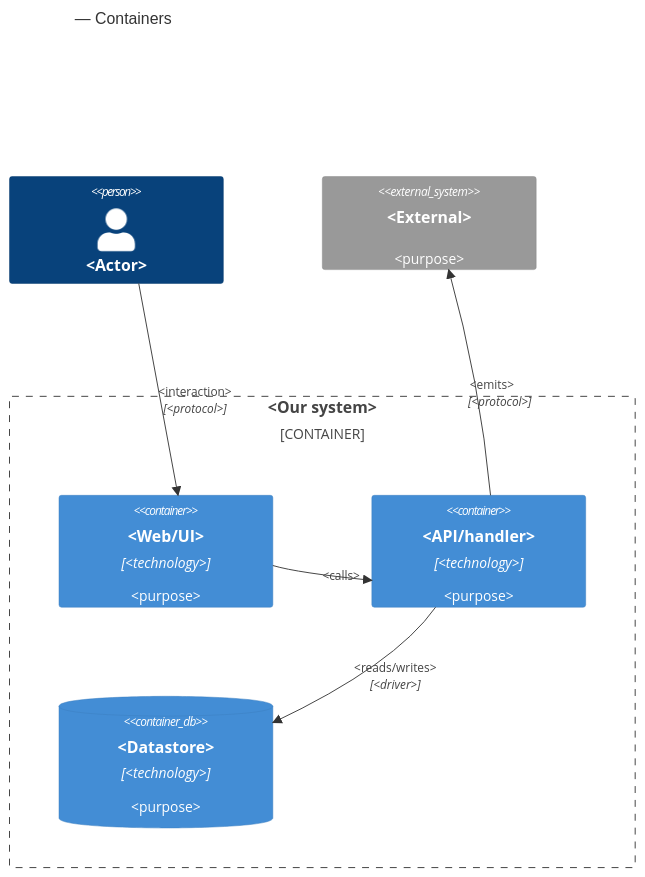
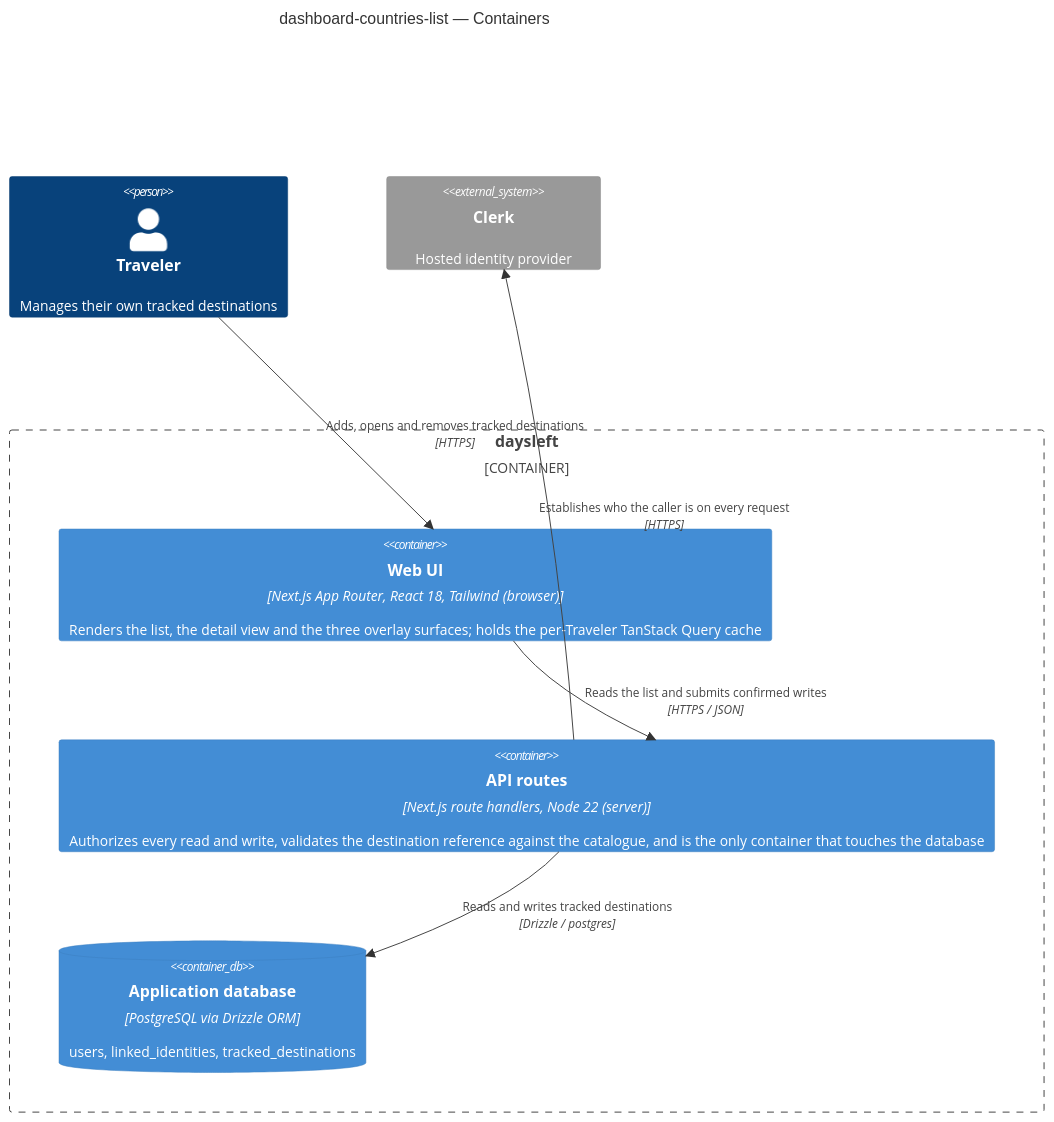
The second of 3 diagrams in docs/features/dashboard-countries-list/sad.md (AntonSkybytskyi/daysleft), drawn with Mermaid before and after one commit. The commit also changed other lines of this file and 1 other file, not shown here.

Commit message:
design: dashboard-countries-list sad §5 — building blocks, C4 containers, ADR-0006

````diff
--- a/docs/features/dashboard-countries-list/sad.md
+++ b/docs/features/dashboard-countries-list/sad.md
@@ -155,19 +173,19 @@
 ```mermaid
 C4Container
-    title <feature> — Containers
+    title dashboard-countries-list — Containers
 
-    Person(actor, "<Actor>")
+    Person(traveler, "Traveler", "Manages their own tracked destinations")
 
-    Container_Boundary(app, "<Our system>") {
-        Container(web, "<Web/UI>", "<technology>", "<purpose>")
-        Container(api, "<API/handler>", "<technology>", "<purpose>")
-        ContainerDb(db, "<Datastore>", "<technology>", "<purpose>")
+    Container_Boundary(daysleft, "daysleft") {
+        Container(web, "Web UI", "Next.js App Router, React 18, Tailwind (browser)", "Renders the list, the detail view and the three overlay surfaces; holds the per-Traveler TanStack Query cache")
+        Container(api, "API routes", "Next.js route handlers, Node 22 (server)", "Authorizes every read and write, validates the destination reference against the catalogue, and is the only container that touches the database")
+        ContainerDb(db, "Application database", "PostgreSQL via Drizzle ORM", "users, linked_identities, tracked_destinations")
     }
 
-    System_Ext(ext, "<External>", "<purpose>")
+    System_Ext(clerk, "Clerk", "Hosted identity provider")
 
-    Rel(actor, web, "<interaction>", "<protocol>")
-    Rel(web, api, "<calls>")
-    Rel(api, db, "<reads/writes>", "<driver>")
-    Rel(api, ext, "<emits>", "<protocol>")
+    Rel(traveler, web, "Adds, opens and removes tracked destinations", "HTTPS")
+    Rel(web, api, "Reads the list and submits confirmed writes", "HTTPS / JSON")
+    Rel(api, clerk, "Establishes who the caller is on every request", "HTTPS")
+    Rel(api, db, "Reads and writes tracked destinations", "Drizzle / postgres")
 ```
````
